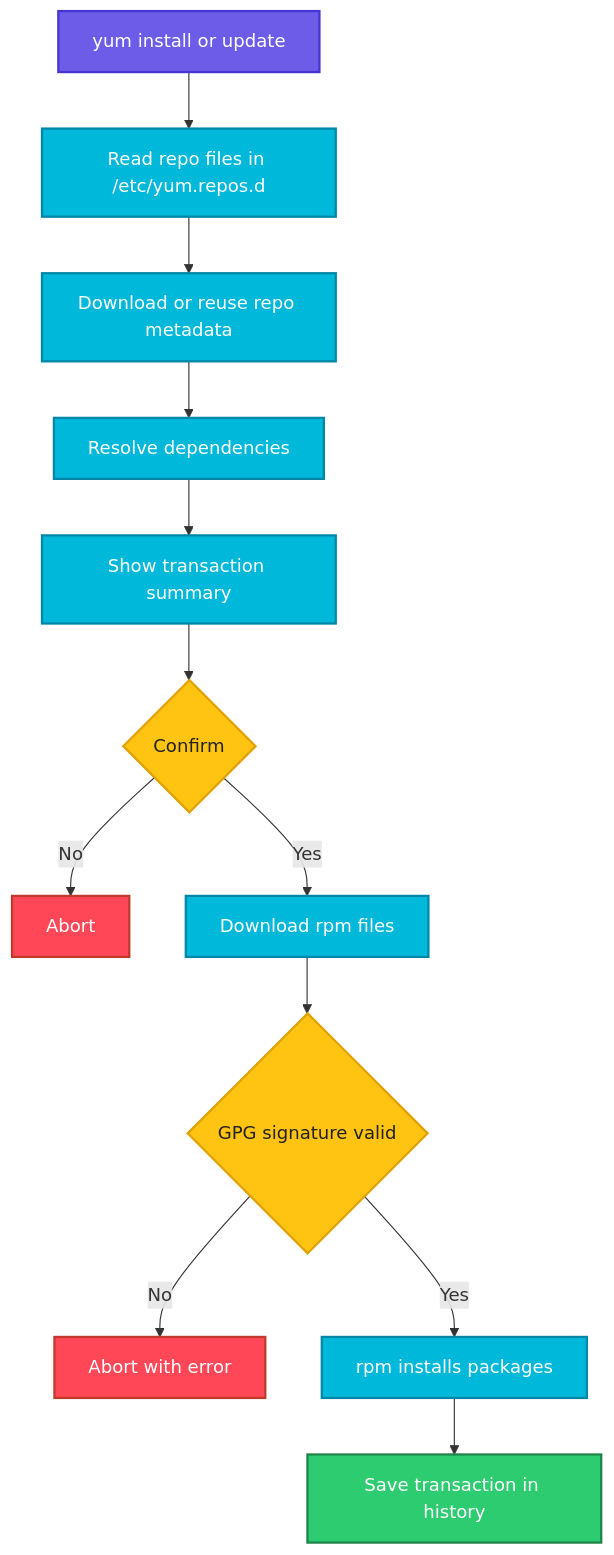
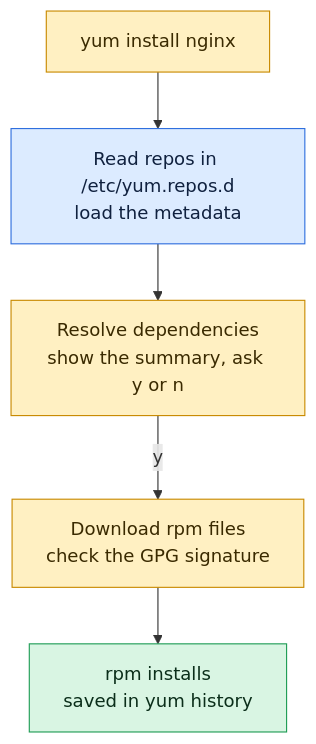
One commit to codeKerdosTech/DevOps-Documentation changed the diagram in linux/package-management/yum.md. Above: the diagram before and after it, drawn with Mermaid. The commit also changed other lines of this file and 165 other files, not shown here.

Commit message:
updated diagrams in linux

````diff
--- a/linux/package-management/yum.md
+++ b/linux/package-management/yum.md
@@ -34,24 +34,15 @@
 ```mermaid
 flowchart TD
-    A[yum install or update] --> B[Read repo files in /etc/yum.repos.d]
-    B --> C[Download or reuse repo metadata]
-    C --> D[Resolve dependencies]
-    D --> E[Show transaction summary]
-    E --> F{Confirm}
-    F -->|No| G[Abort]
-    F -->|Yes| H[Download rpm files]
-    H --> I{GPG signature valid}
-    I -->|No| J[Abort with error]
-    I -->|Yes| K[rpm installs packages]
-    K --> L[Save transaction in history]
-    classDef start fill:#6C5CE7,stroke:#4834D4,stroke-width:2px,color:#fff
-    classDef proc fill:#00B8D9,stroke:#0087A8,stroke-width:2px,color:#fff
-    classDef dec fill:#FFC312,stroke:#E1A100,stroke-width:2px,color:#222
-    classDef ok fill:#2ECC71,stroke:#1E8449,stroke-width:2px,color:#fff
-    classDef err fill:#FF4757,stroke:#C0392B,stroke-width:2px,color:#fff
-    class A start
-    class B,C,D,E,H,K proc
-    class F,I dec
-    class L ok
-    class G,J err
+    c1[yum install nginx] --> i1[Read repos in /etc/yum.repos.d<br/>load the metadata]
+    i1 --> c2[Resolve dependencies<br/>show the summary, ask y or n]
+    c2 -->|y| c3[Download rpm files<br/>check the GPG signature]
+    c3 --> o1[rpm installs<br/>saved in yum history]
+    classDef inp fill:#DCEBFF,stroke:#2F6FDE,color:#10213F
+    classDef cmd fill:#FFF0C2,stroke:#C98A00,color:#3A2A00
+    classDef out fill:#D9F5E3,stroke:#1F9D55,color:#0B2E1A
+    classDef bad fill:#FDE0E0,stroke:#D13B3B,color:#4A0F0F
+    classDef note fill:#ECEFF3,stroke:#7B8794,color:#1F2933
+    class c1,c2,c3 cmd
+    class i1 inp
+    class o1 out
 ```
````
